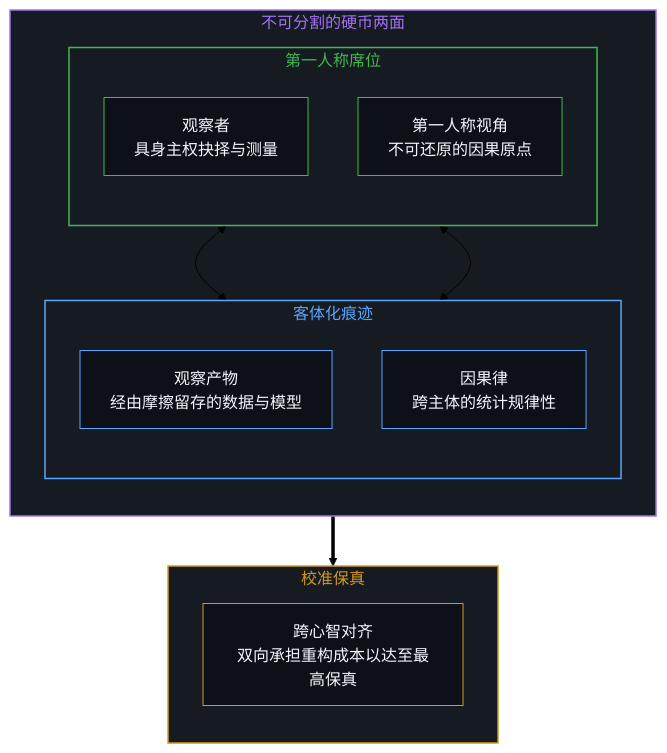
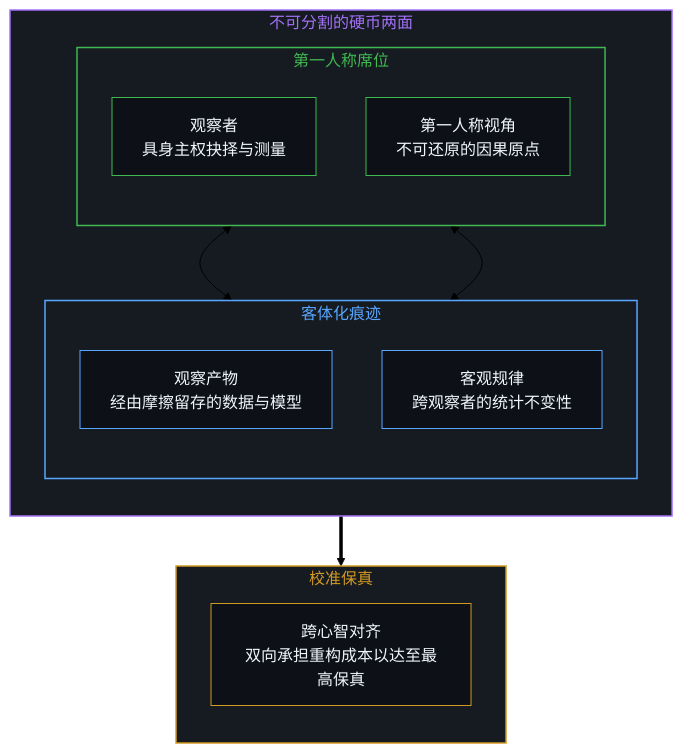
Before and after one commit to powerpig99/not-a-toe: the third of 4 diagrams in content/posts/the-invisible-observer-and-the-delusion-of-lossless-transmission.md, drawn with Mermaid (forest theme). The commit also changed other lines of this file and 2 other files, not shown here.

````diff
--- a/content/posts/the-invisible-observer-and-the-delusion-of-lossless-transmission.md
+++ b/content/posts/the-invisible-observer-and-the-delusion-of-lossless-transmission.md
@@ -91,32 +91,32 @@
 ```mermaid
 flowchart TD
     subgraph S_coin ["不可分割的硬币两面"]
         direction TB
         subgraph S_mind ["第一人称席位"]
             direction TB
             OBS["观察者<br/>具身主权抉择与测量"]
             PERS["第一人称视角<br/>不可还原的因果原点"]
         end
         subgraph S_trace ["客体化痕迹"]
             direction TB
             OBSN["观察产物<br/>经由摩擦留存的数据与模型"]
-            CAUS["因果律<br/>跨主体的统计规律性"]
+            REG["客观规律<br/>跨观察者的统计不变性"]
         end
     end
     subgraph S_fidelity ["校准保真"]
         direction TB
         CALIB["跨心智对齐<br/>双向承担重构成本以达至最高保真"]
     end
     OBS <--> OBSN
-    PERS <--> CAUS
+    PERS <--> REG
     S_coin ==> CALIB
     style S_coin fill:#161b22,stroke:#a371f7,stroke-width:1.5px,color:#a371f7
     style S_mind fill:#161b22,stroke:#3fb950,stroke-width:1.5px,color:#3fb950
     style S_trace fill:#161b22,stroke:#58a6ff,stroke-width:1.5px,color:#58a6ff
     style S_fidelity fill:#161b22,stroke:#d29922,stroke-width:1.5px,color:#d29922
     style OBS fill:#0d1117,stroke:#3fb950,stroke-width:1px,color:#f0f6fc
     style PERS fill:#0d1117,stroke:#3fb950,stroke-width:1px,color:#f0f6fc
     style OBSN fill:#0d1117,stroke:#58a6ff,stroke-width:1px,color:#f0f6fc
-    style CAUS fill:#0d1117,stroke:#58a6ff,stroke-width:1px,color:#f0f6fc
+    style REG fill:#0d1117,stroke:#58a6ff,stroke-width:1px,color:#f0f6fc
     style CALIB fill:#0d1117,stroke:#d29922,stroke-width:1px,color:#f0f6fc
 ```
````
